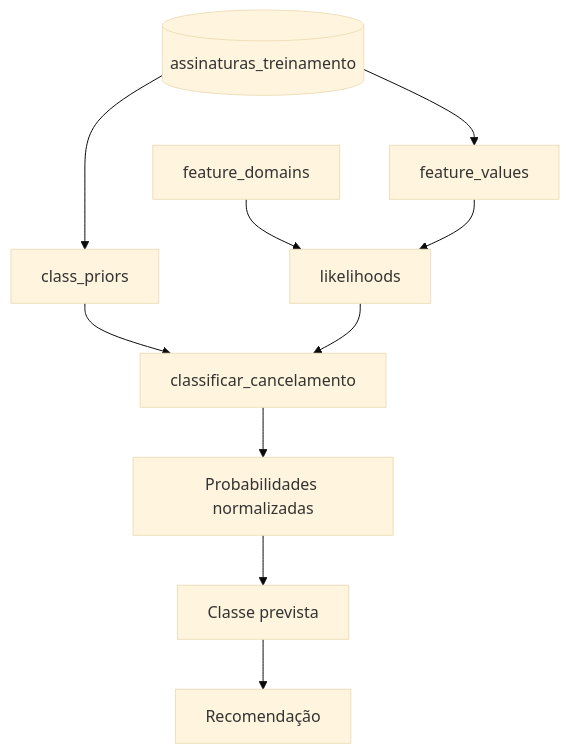
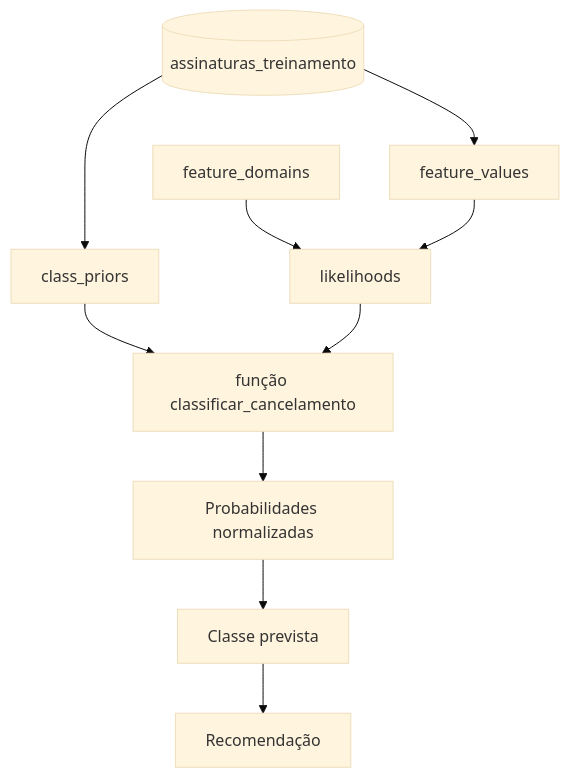
Before and after one commit to DiogoAug16/safra-rentavel: the second of 4 diagrams in README.md, drawn with Mermaid (base theme). The commit also changed other lines of this file and 37 other files, not shown here.

````diff
--- a/README.md
+++ b/README.md
@@ -105,17 +137,17 @@
 ```mermaid
 flowchart TD
     A[(assinaturas_treinamento)]
 
     A --> B[feature_values]
     A --> C[class_priors]
 
     D[feature_domains] --> E[likelihoods]
     B --> E
 
-    C --> F[classificar_cancelamento]
+    C --> F[função classificar_cancelamento]
     E --> F
 
     F --> G[Probabilidades normalizadas]
     G --> H[Classe prevista]
     H --> I[Recomendação]
 ```
````
